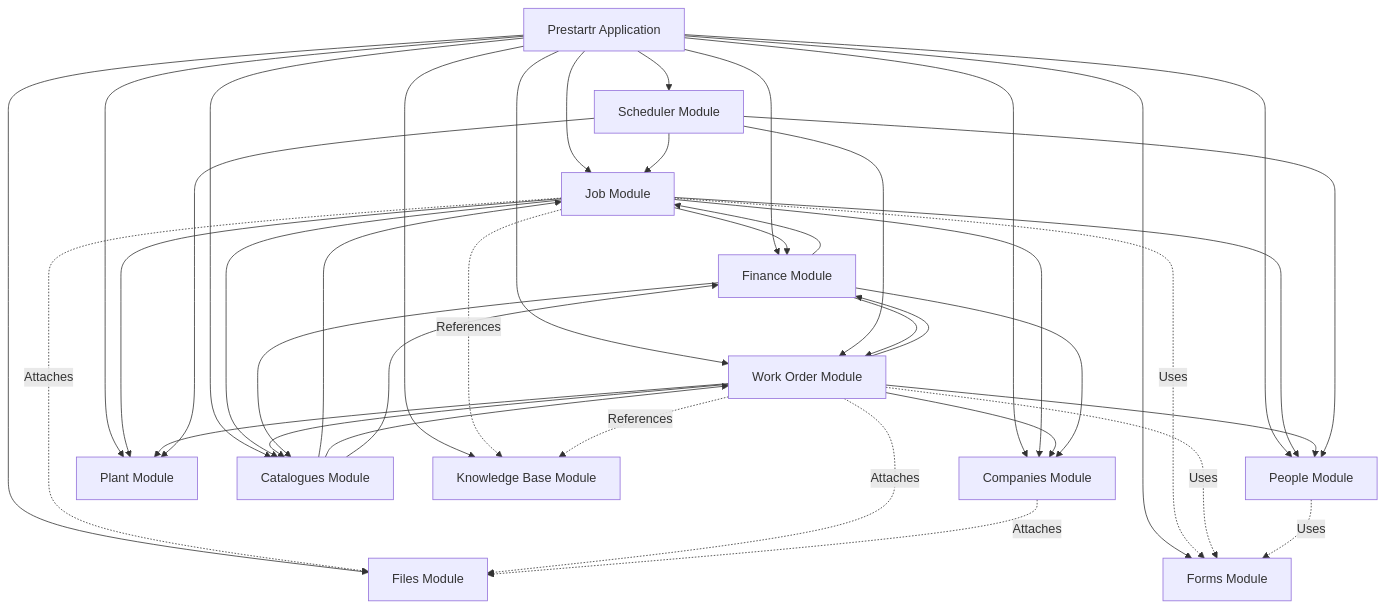
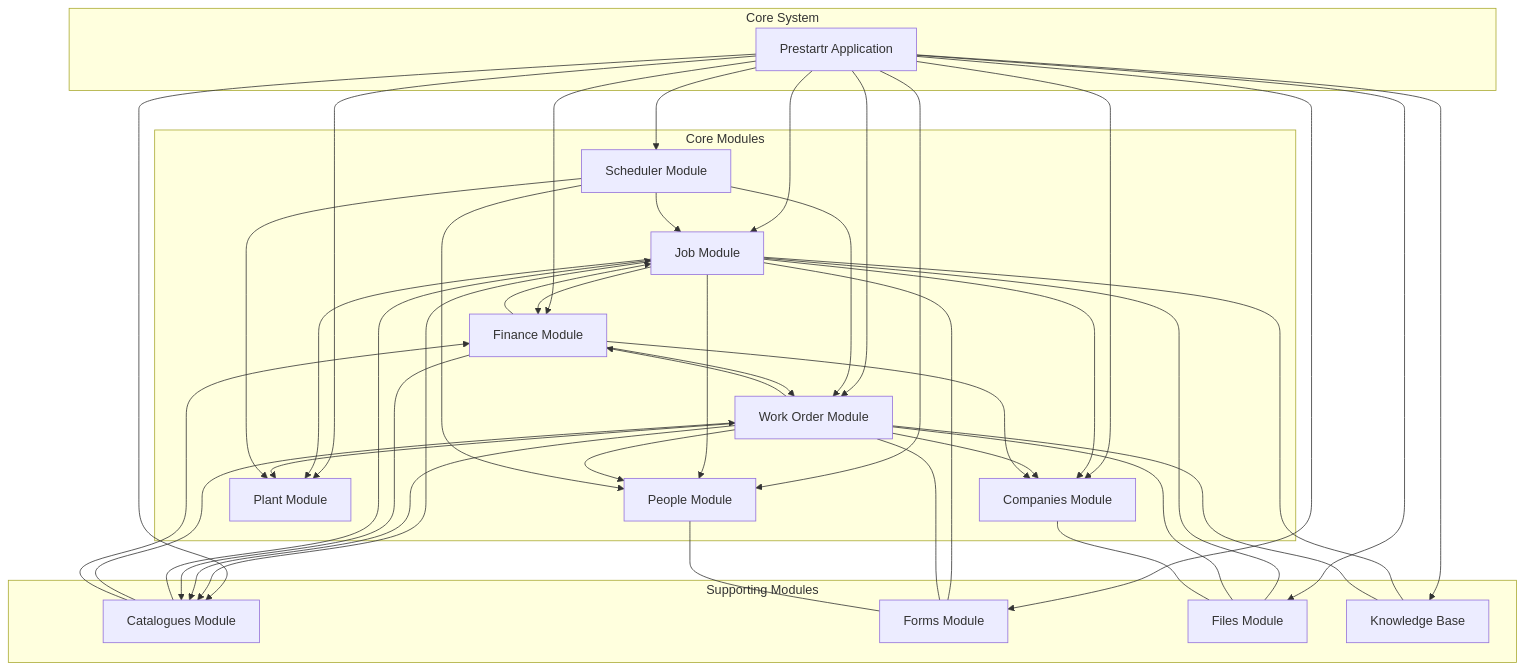
The seventh of 11 diagrams in readme.md (Behrang-Bina-Cloudcon/prestartrdocs), drawn with Mermaid before and after one commit. The commit also changed other lines of this file and 1 other file, not shown here.

````diff
--- a/readme.md
+++ b/readme.md
@@ -15,51 +186,72 @@
 ```mermaid
 graph TD
-    A[Prestartr Application] --> People[People Module]
-    A --> Companies[Companies Module]
-    A --> Plant[Plant Module]
-    A --> Job[Job Module]
-    A --> WO[Work Order Module]
-    A --> Finance[Finance Module]
-    A --> Scheduler[Scheduler Module]
-    A --> Catalogues[Catalogues Module]
-    A --> Forms[Forms Module]
-    A --> Files[Files Module]
-    A --> KB[Knowledge Base Module]
-
-    %% Core Module Interactions
-    Job --> People
-    Job --> Plant
-    Job --> Companies
-    Job --> Finance
-    Job --> Catalogues
-
-    WO --> People
-    WO --> Plant
-    WO --> Companies
-    WO --> Finance
-    WO --> Catalogues
-
-    Scheduler --> Job
-    Scheduler --> WO
-    Scheduler --> People
-    Scheduler --> Plant
-
-    Finance --> Job
-    Finance --> WO
-    Finance --> Companies
-    Finance --> Catalogues
-
-    Catalogues --> Job
-    Catalogues --> WO
-    Catalogues --> Finance
-
-    %% Supporting Module Usage
-    Job -.->|Uses| Forms
-    WO -.->|Uses| Forms
-    Job -.->|Attaches| Files
-    WO -.->|Attaches| Files
-    Job -.->|References| KB
-    WO -.->|References| KB
-    People -.->|Uses| Forms
-    Companies -.->|Attaches| Files
+    subgraph Core System
+        A[Prestartr Application]
+    end
+    
+    subgraph Core Modules
+        B[People Module]
+        C[Companies Module]
+        D[Plant Module]
+        E[Job Module]
+        F[Work Order Module]
+        G[Finance Module]
+        H[Scheduler Module]
+    end
+    
+    subgraph Supporting Modules
+        I[Catalogues Module]
+        J[Forms Module]
+        K[Files Module]
+        L[Knowledge Base]
+    end
+    
+    A --> B
+    A --> C
+    A --> D
+    A --> E
+    A --> F
+    A --> G
+    A --> H
+    A --> I
+    A --> J
+    A --> K
+    A --> L
+    
+    E --> B
+    E --> C
+    E --> D
+    E --> G
+    E --> I
+    
+    F --> B
+    F --> C
+    F --> D
+    F --> G
+    F --> I
+    
+    H --> E
+    H --> F
+    H --> B
+    H --> D
+    
+    G --> E
+    G --> F
+    G --> C
+    G --> I
+    
+    I --> E
+    I --> F
+    I --> G
+    
+    E --- J
+    F --- J
+    B --- J
+    
+    E --- K
+    F --- K
+    C --- K
+    
+    E --- L
+    F --- L
 ```
````
